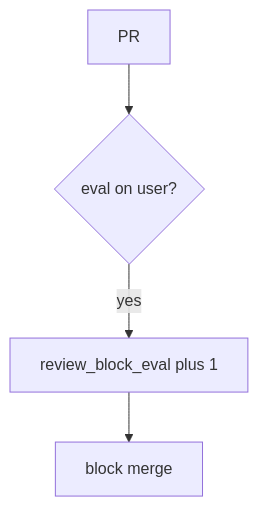
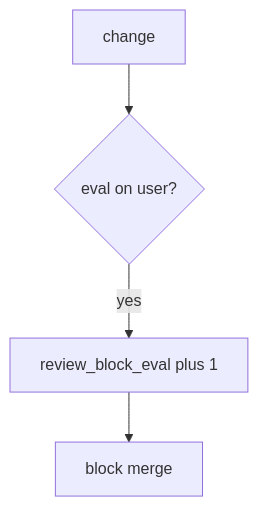
One commit to ishitvagoel/LearnSecurity changed the diagram in content/modules/9/9.2/lessons/06-operate.md. Above: the diagram before and after it, drawn with Mermaid. The commit also changed other lines of this file and 39 other files, not shown here.

````diff
--- a/content/modules/9/9.2/lessons/06-operate.md
+++ b/content/modules/9/9.2/lessons/06-operate.md
@@ -13,6 +16,6 @@
 ```mermaid
 flowchart TD
-  Pr[PR] --> Ev{eval on user?}
+  Pr[change] --> Ev{eval on user?}
   Ev -->|yes| Metric["review_block_eval plus 1"]
   Metric --> Revert[block merge]
 ```
````
